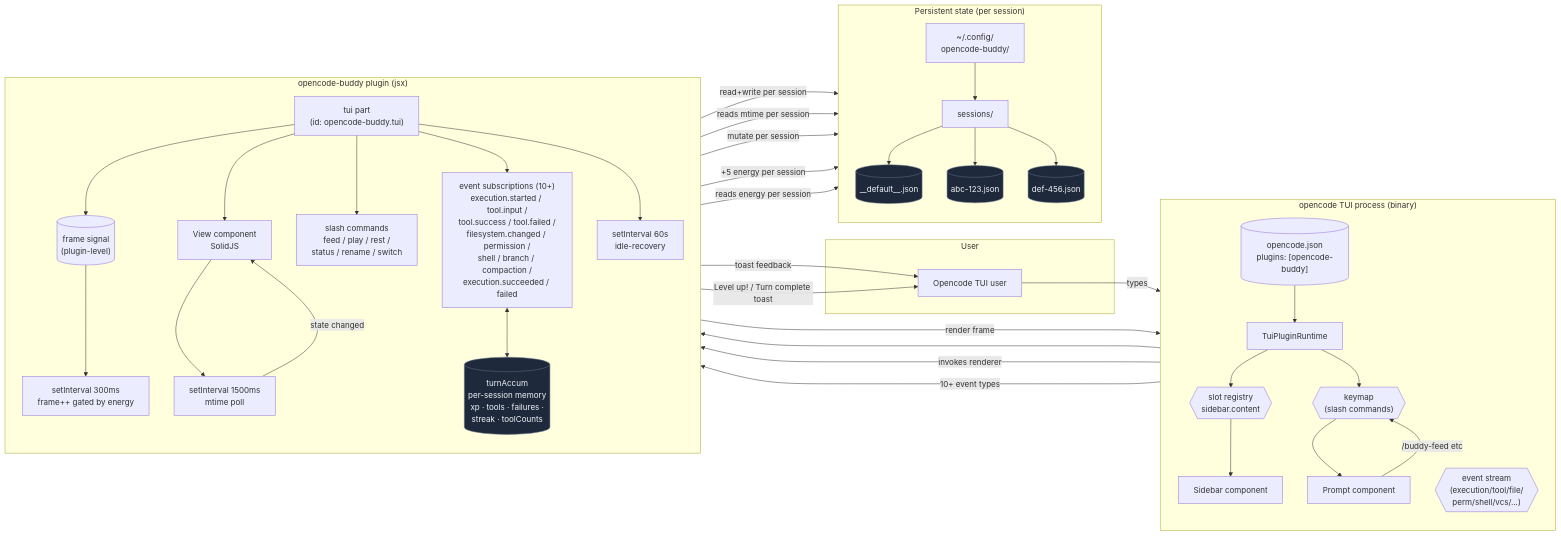
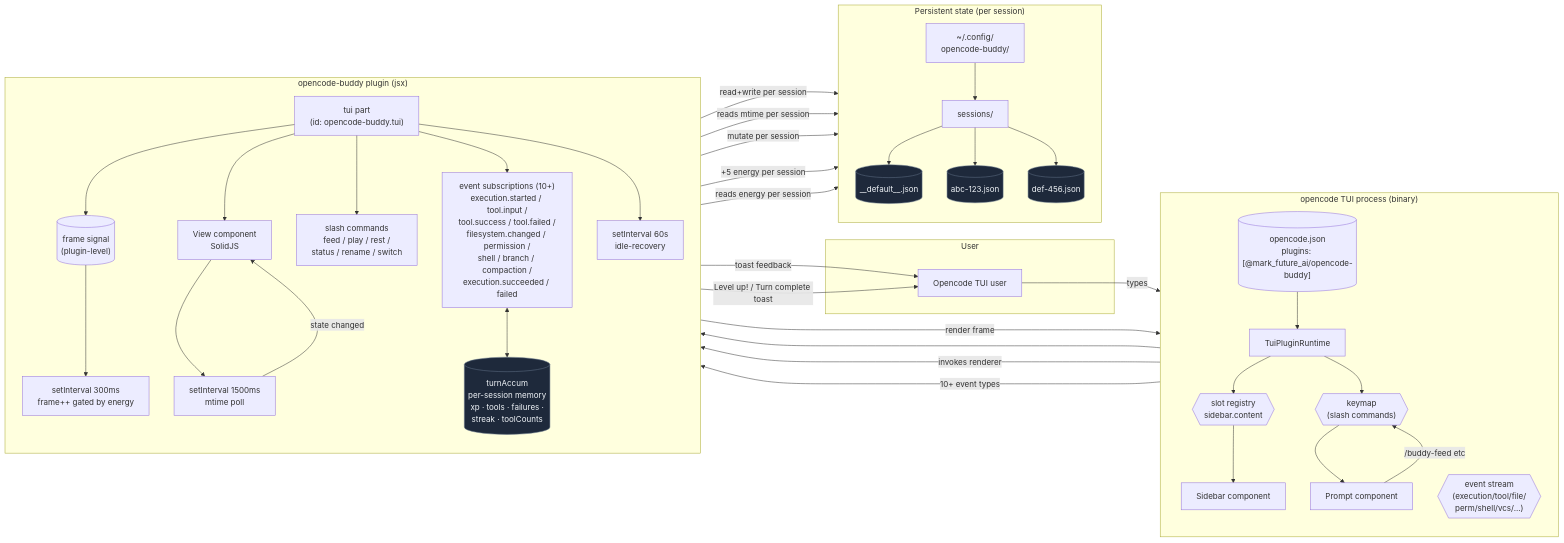
Before and after one commit to atlasmarkz/opencode-buddy: the diagram in README.md, drawn with Mermaid. The commit also changed other lines of this file and 3 other files, not shown here.

First line of the commit message:
chore: publish under the @mark_future_ai npm scope

````diff
--- a/README.md
+++ b/README.md
@@ -169,78 +169,78 @@
 ```mermaid
 flowchart LR
     subgraph User
         U[Opencode TUI user]
     end
 
     subgraph OpencodeTUI["opencode TUI process (binary)"]
         direction TB
-        Config[("opencode.json<br/>plugins: [opencode-buddy]")]
+        Config[("opencode.json<br/>plugins: [@mark_future_ai/opencode-buddy]")]
         Runtime[TuiPluginRuntime]
         Sidebar[Sidebar component]
         Prompt[Prompt component]
         Slots{{"slot registry<br/>sidebar.content"}}
         Keymap{{"keymap<br/>(slash commands)"}}
         Bus{{"event stream<br/>(execution/tool/file/<br/>perm/shell/vcs/...)"}}
 
         Config --> Runtime
         Runtime --> Slots
         Runtime --> Keymap
         Slots --> Sidebar
         Keymap --> Prompt
     end
 
     subgraph Buddy["opencode-buddy plugin (jsx)"]
         direction TB
         TUIEntry["tui part<br/>(id: opencode-buddy.tui)"]
         View[View component<br/>SolidJS]
         FrameSignal[("frame signal<br/>(plugin-level)")]
         AnimTick[setInterval 300ms<br/>frame++ gated by energy]
         RefreshTick[setInterval 1500ms<br/>mtime poll]
         IdleTimer[setInterval 60s<br/>idle-recovery]
         Hooks["event subscriptions (10+)<br/>execution.started / tool.input /<br/>tool.success / tool.failed /<br/>filesystem.changed / permission /<br/>shell / branch / compaction /<br/>execution.succeeded / failed"]
         TurnAccum[("turnAccum<br/>per-session memory<br/>xp · tools · failures ·<br/>streak · toolCounts")]
         SlashCmds["slash commands<br/>feed / play / rest /<br/>status / rename / switch"]
 
         TUIEntry --> FrameSignal
         TUIEntry --> View
         TUIEntry --> SlashCmds
         TUIEntry --> Hooks
         TUIEntry --> IdleTimer
         FrameSignal --> AnimTick
         View --> RefreshTick
         Hooks <--> TurnAccum
     end
 
     subgraph State["Persistent state (per session)"]
         direction TB
         StateRoot["~/.config/<br/>opencode-buddy/"]
         SessionsDir["sessions/"]
         Default[("__default__.json")]
         Sess1[("abc-123.json")]
         Sess2[("def-456.json")]
 
         StateRoot --> SessionsDir
         SessionsDir --> Default
         SessionsDir --> Sess1
         SessionsDir --> Sess2
     end
 
     U -->|types| Prompt
     Prompt -->|/buddy-feed etc| Keymap
     Keymap --> SlashCmds
     SlashCmds -->|"read+write per session"| SessionsDir
     SlashCmds -->|toast feedback| U
 
     Slots -->|invokes renderer| View
     View -->|render frame| Sidebar
     View -->|"reads mtime per session"| SessionsDir
     RefreshTick -->|state changed| View
     Bus -->|10+ event types| Hooks
     Hooks -->|"mutate per session"| SessionsDir
     Hooks -->|Level up! / Turn complete toast| U
     IdleTimer -->|"+5 energy per session"| SessionsDir
     AnimTick -->|"reads energy per session"| SessionsDir
 
     classDef store fill:#1e293b,stroke:#64748b,color:#f1f5f9
     class Default,Sess1,Sess2,TurnAccum store
 ```
````
